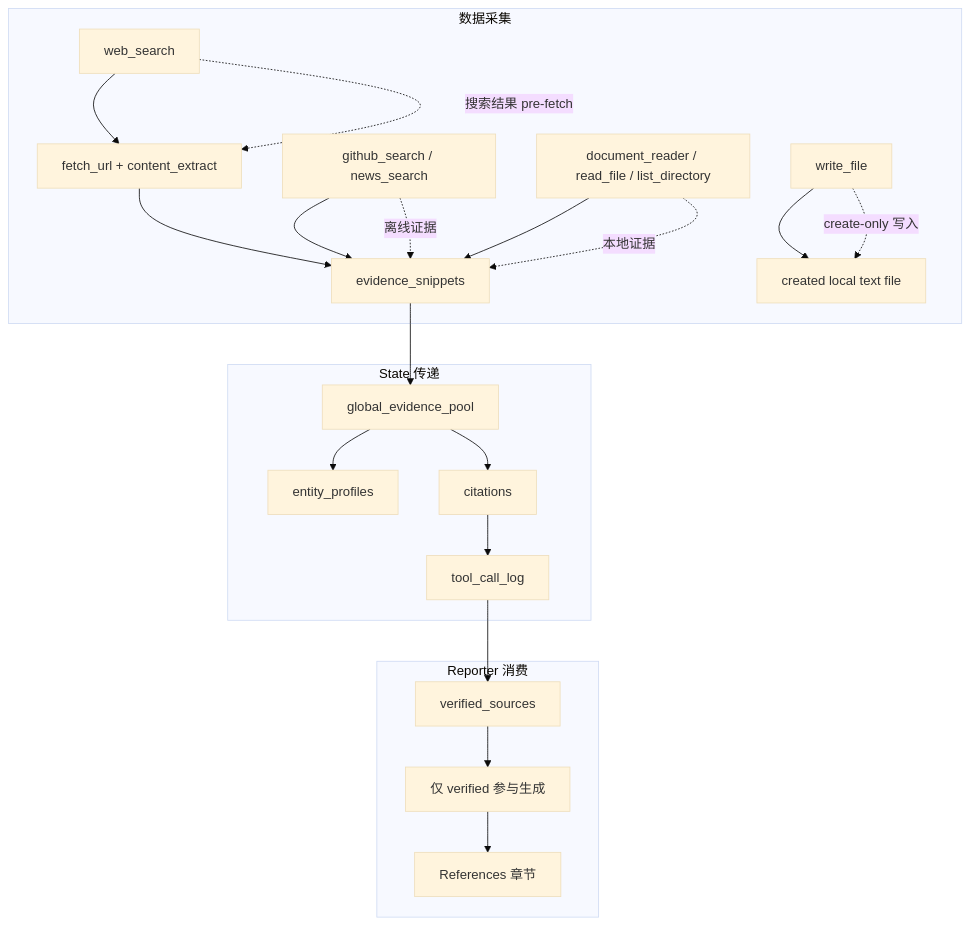
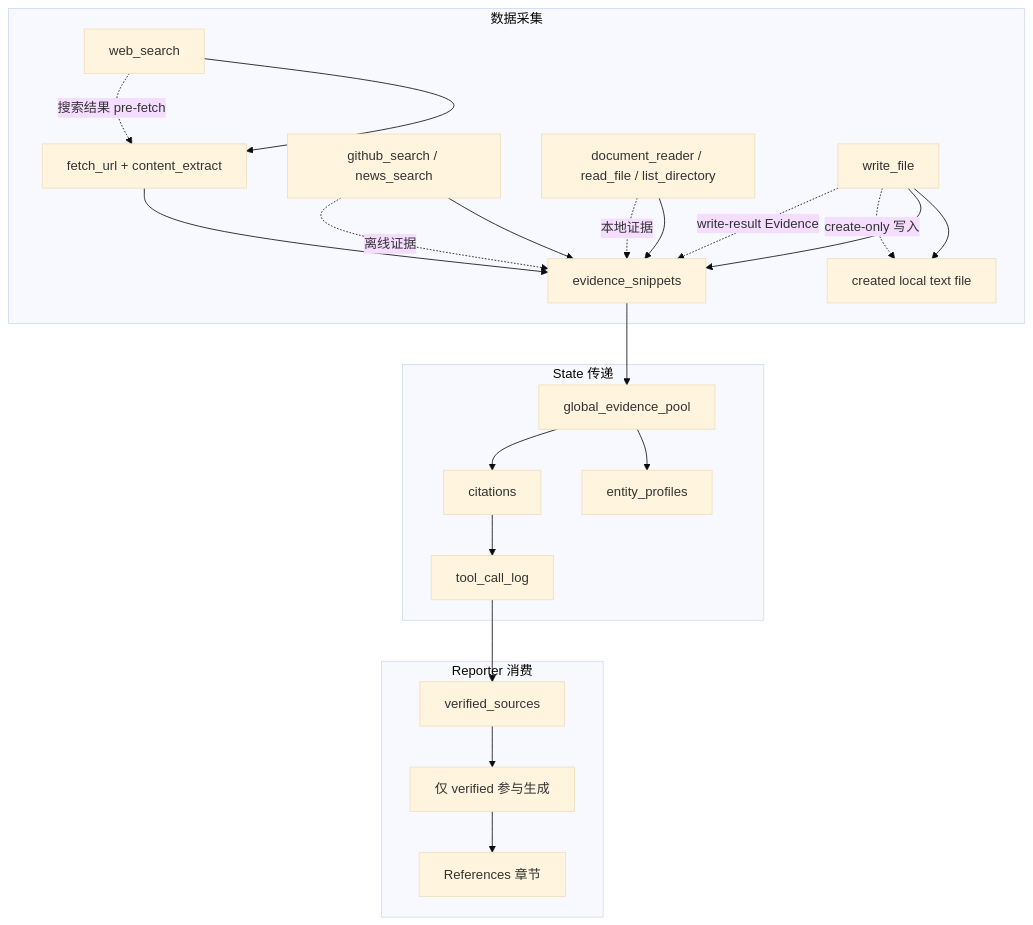
One commit to Caser-86/InsightGraph changed the third of 3 diagrams in README.md. Above: the diagram before and after it, drawn with Mermaid (base theme).

Commit message:
docs: show write file evidence result

````diff
--- a/README.md
+++ b/README.md
@@ -372,28 +372,30 @@
 ```mermaid
 flowchart TB
     subgraph 数据采集
         T1[web_search] --> T2[fetch_url + content_extract]
         T3[github_search / news_search] --> T8[evidence_snippets]
         T5[document_reader / read_file / list_directory] --> T8
         T6[write_file] --> T9[created local text file]
+        T6 --> T8
         T2 --> T8
     end
 
     subgraph State 传递
         T8 --> S1[global_evidence_pool]
         S1 --> S2[entity_profiles]
         S1 --> S3[citations]
         S3 --> S4[tool_call_log]
     end
 
     subgraph Reporter 消费
         S4 --> R1[verified_sources]
         R1 --> R2[仅 verified 参与生成]
         R2 --> R3[References 章节]
     end
 
     T1 -.->|搜索结果 pre-fetch| T2
     T3 -.->|离线证据| T8
     T5 -.->|本地证据| T8
     T6 -.->|create-only 写入| T9
+    T6 -.->|write-result Evidence| T8
 ```
````
